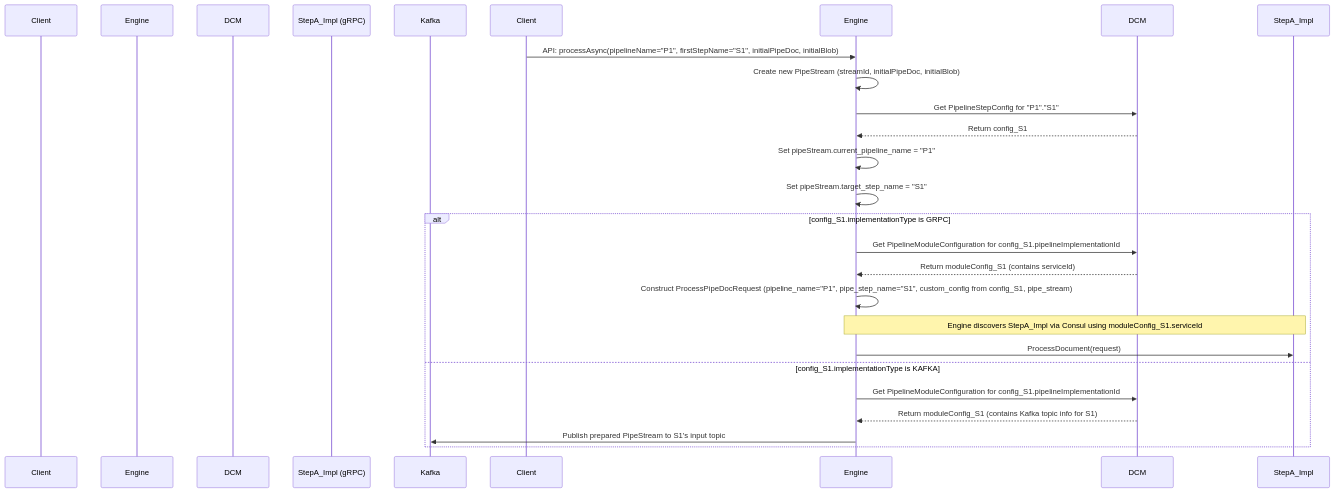
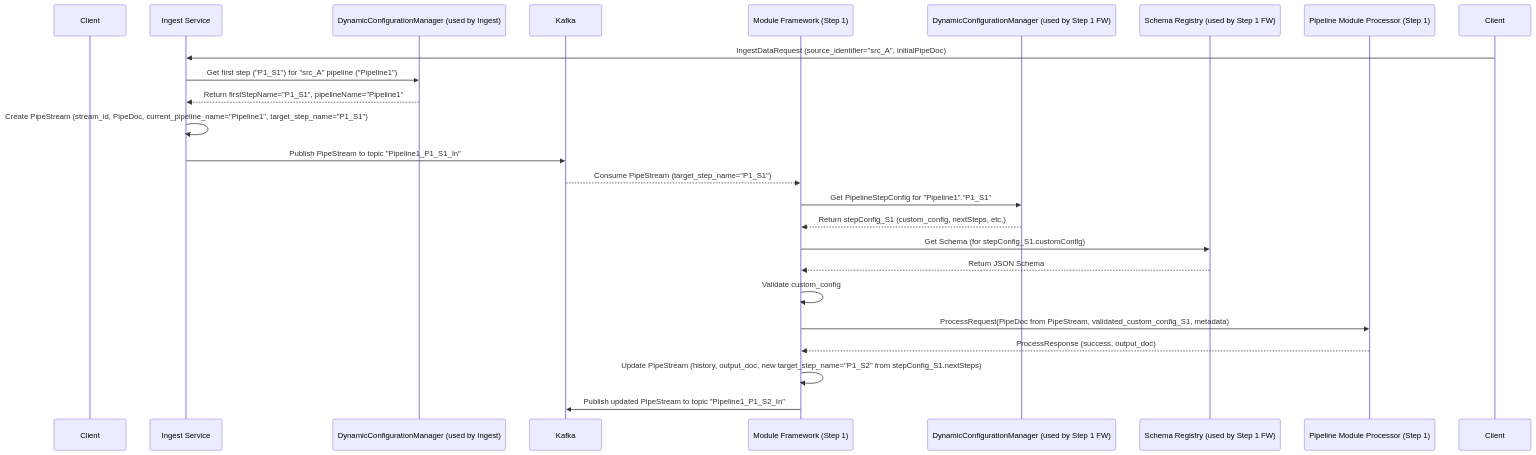
One commit to krickert/micronaut-multiproject-example changed the second of 3 diagrams in docs/architecture_overview.md. Above: the diagram before and after it, drawn with Mermaid. The commit also changed other lines of this file, not shown here.

````diff
--- a/docs/architecture_overview.md
+++ b/docs/architecture_overview.md
@@ -233,28 +258,29 @@
 ```mermaid
 sequenceDiagram
     participant ExternalClient as Client
-    participant GrpcPipelineEngine as Engine
-    participant DynamicConfigurationManager as DCM
-    participant StepA_gRPC_Service as StepA_Impl (gRPC)
+    participant InitialEngineLogic as Ingest Service
+    participant DCM_Initial as DynamicConfigurationManager (used by Ingest)
     participant Kafka
+    participant Step1_Framework as Module Framework (Step 1)
+    participant DCM1 as DynamicConfigurationManager (used by Step 1 FW)
+    participant SchemaRegistry1 as Schema Registry (used by Step 1 FW)
+    participant Processor1 as Pipeline Module Processor (Step 1)
 
-    Client->>Engine: API: processAsync(pipelineName="P1", firstStepName="S1", initialPipeDoc, initialBlob)
-    Engine->>Engine: Create new PipeStream (streamId, initialPipeDoc, initialBlob)
-    Engine->>DCM: Get PipelineStepConfig for "P1"."S1"
-    DCM-->>Engine: Return config_S1
-    Engine->>Engine: Set pipeStream.current_pipeline_name = "P1"
-    Engine->>Engine: Set pipeStream.target_step_name = "S1"
+    Client->>InitialEngineLogic: IngestDataRequest (source_identifier="src_A", initialPipeDoc)
+    InitialEngineLogic->>DCM_Initial: Get first step ("P1_S1") for "src_A" pipeline ("Pipeline1")
+    DCM_Initial-->>InitialEngineLogic: Return firstStepName="P1_S1", pipelineName="Pipeline1"
+    InitialEngineLogic->>InitialEngineLogic: Create PipeStream (stream_id, PipeDoc, current_pipeline_name="Pipeline1", target_step_name="P1_S1")
+    InitialEngineLogic->>Kafka: Publish PipeStream to topic "Pipeline1_P1_S1_In"
+
+    Kafka-->>Step1_Framework: Consume PipeStream (target_step_name="P1_S1")
+    Step1_Framework->>DCM1: Get PipelineStepConfig for "Pipeline1"."P1_S1"
+    DCM1-->>Step1_Framework: Return stepConfig_S1 (custom_config, nextSteps, etc.)
+    Step1_Framework->>SchemaRegistry1: Get Schema (for stepConfig_S1.customConfig)
+    SchemaRegistry1-->>Step1_Framework: Return JSON Schema
+    Step1_Framework->>Step1_Framework: Validate custom_config
+    Step1_Framework->>Processor1: ProcessRequest(PipeDoc from PipeStream, validated_custom_config_S1, metadata)
+    Processor1-->>Step1_Framework: ProcessResponse (success, output_doc)
     
-    alt config_S1.implementationType is GRPC
-        Engine->>DCM: Get PipelineModuleConfiguration for config_S1.pipelineImplementationId
-        DCM-->>Engine: Return moduleConfig_S1 (contains serviceId)
-        Engine->>Engine: Construct ProcessPipeDocRequest (pipeline_name="P1", pipe_step_name="S1", custom_config from config_S1, pipe_stream)
-        Note over Engine,StepA_Impl: Engine discovers StepA_Impl via Consul using moduleConfig_S1.serviceId
-        Engine->>StepA_Impl: ProcessDocument(request)
-        %% Response handling follows in next diagram
-    else config_S1.implementationType is KAFKA
-        Engine->>DCM: Get PipelineModuleConfiguration for config_S1.pipelineImplementationId
-        DCM-->>Engine: Return moduleConfig_S1 (contains Kafka topic info for S1)
-        Engine->>Kafka: Publish prepared PipeStream to S1's input topic
-    end
+    Step1_Framework->>Step1_Framework: Update PipeStream (history, output_doc, new target_step_name="P1_S2" from stepConfig_S1.nextSteps)
+    Step1_Framework->>Kafka: Publish updated PipeStream to topic "Pipeline1_P1_S2_In"
 ```
````
